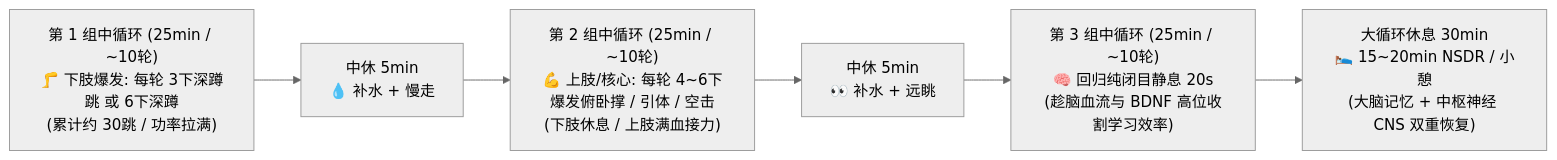
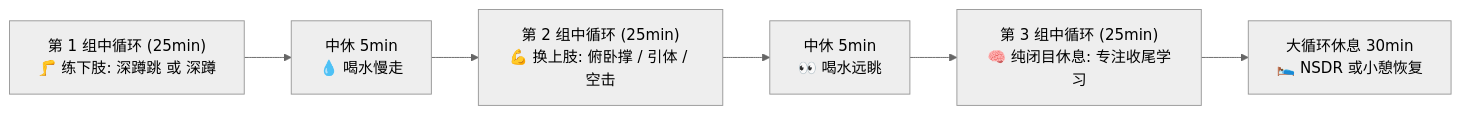
One commit to abc123sm/fanqiezhong changed the diagram in docs/athletic-dual-mode.md. Above: the diagram before and after it, drawn with Mermaid (neutral theme). The commit also changed other lines of this file and 1 other file, not shown here.

````diff
--- a/docs/athletic-dual-mode.md
+++ b/docs/athletic-dual-mode.md
@@ -87,8 +68,8 @@
 ```mermaid
 flowchart LR
-    M1["第 1 组中循环 (25min / ~10轮)<br/>🦵 下肢爆发: 每轮 3下深蹲跳 或 6下深蹲<br/>(累计约 30跳 / 功率拉满)"] --> R1["中休 5min<br/>💧 补水 + 慢走"]
-    R1 --> M2["第 2 组中循环 (25min / ~10轮)<br/>💪 上肢/核心: 每轮 4~6下爆发俯卧撑 / 引体 / 空击<br/>(下肢休息 / 上肢满血接力)"]
-    M2 --> R2["中休 5min<br/>👀 补水 + 远眺"]
-    R2 --> M3["第 3 组中循环 (25min / ~10轮)<br/>🧠 回归纯闭目静息 20s<br/>(趁脑血流与 BDNF 高位收割学习效率)"]
-    M3 --> Macro["大循环休息 30min<br/>🛌 15~20min NSDR / 小憩<br/>(大脑记忆 + 中枢神经 CNS 双重恢复)"]
+    M1["第 1 组中循环 (25min)<br/>🦵 练下肢: 深蹲跳 或 深蹲"] --> R1["中休 5min<br/>💧 喝水慢走"]
+    R1 --> M2["第 2 组中循环 (25min)<br/>💪 换上肢: 俯卧撑 / 引体 / 空击"]
+    M2 --> R2["中休 5min<br/>👀 喝水远眺"]
+    R2 --> M3["第 3 组中循环 (25min)<br/>🧠 纯闭目休息: 专注收尾学习"]
+    M3 --> Macro["大循环休息 30min<br/>🛌 NSDR 或小憩恢复"]
 ```
````
